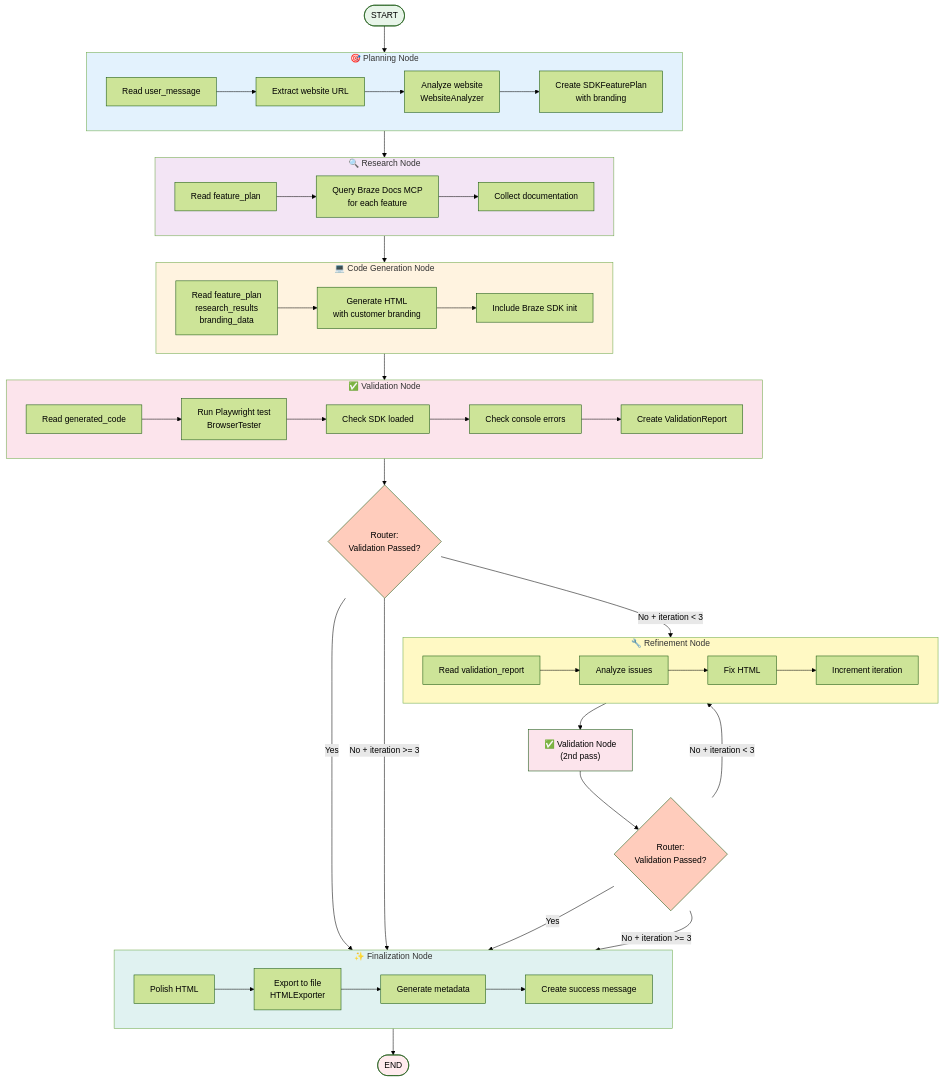
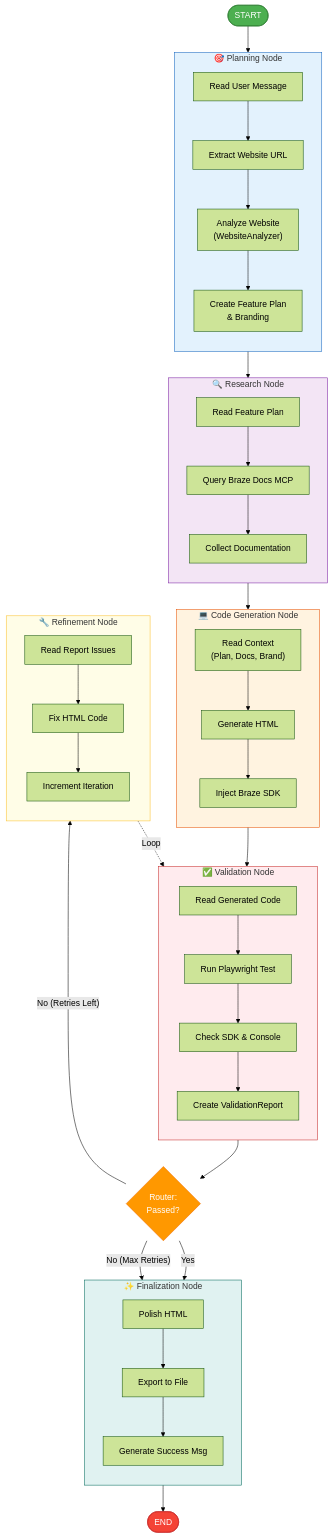
One commit to jacobjaffe972/braze-sdk-demo-builder changed the fourth of 6 diagrams in docs/WORKFLOW_DIAGRAMS.md. Above: the diagram before and after it, drawn with Mermaid (forest theme). The commit also changed other lines of this file, not shown here.

First line of the commit message:
fix: Add mermaid code fences to workflow diagrams for GitHub rendering

````diff
--- a/docs/WORKFLOW_DIAGRAMS.md
+++ b/docs/WORKFLOW_DIAGRAMS.md
@@ -344,83 +266,69 @@
 ```mermaid
 flowchart TD
-    Start([START]) --> Planning
+    Start([START]) --> P1
 
     subgraph Planning["🎯 Planning Node"]
-        P1[Read user_message]
-        P2[Extract website URL]
-        P3[Analyze website<br/>WebsiteAnalyzer]
-        P4[Create SDKFeaturePlan<br/>with branding]
-        P1 --> P2 --> P3 --> P4
+        direction TB
+        P1[Read User Message] --> P2[Extract Website URL]
+        P2 --> P3["Analyze Website<br/>(WebsiteAnalyzer)"]
+        P3 --> P4["Create Feature Plan<br/>& Branding"]
     end
 
-    Planning --> Research
+    P4 --> R1
 
     subgraph Research["🔍 Research Node"]
-        R1[Read feature_plan]
-        R2[Query Braze Docs MCP<br/>for each feature]
-        R3[Collect documentation]
-        R1 --> R2 --> R3
+        direction TB
+        R1[Read Feature Plan] --> R2[Query Braze Docs MCP]
+        R2 --> R3[Collect Documentation]
     end
 
-    Research --> CodeGen
+    R3 --> C1
 
     subgraph CodeGen["💻 Code Generation Node"]
-        C1[Read feature_plan<br/>research_results<br/>branding_data]
-        C2[Generate HTML<br/>with customer branding]
-        C3[Include Braze SDK init]
-        C1 --> C2 --> C3
+        direction TB
+        C1["Read Context<br/>(Plan, Docs, Brand)"] --> C2[Generate HTML]
+        C2 --> C3[Inject Braze SDK]
     end
 
-    CodeGen --> Validation1
+    C3 --> V1
 
-    subgraph Validation1["✅ Validation Node"]
-        V1[Read generated_code]
-        V2[Run Playwright test<br/>BrowserTester]
-        V3[Check SDK loaded]
-        V4[Check console errors]
-        V5[Create ValidationReport]
-        V1 --> V2 --> V3 --> V4 --> V5
+    subgraph Validation["✅ Validation Node"]
+        direction TB
+        V1[Read Generated Code] --> V2[Run Playwright Test]
+        V2 --> V3[Check SDK & Console]
+        V3 --> V4[Create ValidationReport]
     end
 
-    Validation1 --> Router1{Router:<br/>Validation Passed?}
+    V4 --> Router{Router:<br/>Passed?}
 
-    Router1 -->|Yes| Finalization
-    Router1 -->|No + iteration < 3| Refinement
-    Router1 -->|No + iteration >= 3| Finalization
+    Router -->|Yes| F1
+    Router -->|"No (Max Retries)"| F1
+    Router -->|"No (Retries Left)"| RF1
 
     subgraph Refinement["🔧 Refinement Node"]
-        RF1[Read validation_report]
-        RF2[Analyze issues]
-        RF3[Fix HTML]
-        RF4[Increment iteration]
-        RF1 --> RF2 --> RF3 --> RF4
+        direction TB
+        RF1[Read Report Issues] --> RF2[Fix HTML Code]
+        RF2 --> RF3[Increment Iteration]
     end
 
-    Refinement --> Validation2["✅ Validation Node<br/>(2nd pass)"]
-    Validation2 --> Router2{Router:<br/>Validation Passed?}
-    Router2 -->|Yes| Finalization
-    Router2 -->|No + iteration < 3| Refinement
-    Router2 -->|No + iteration >= 3| Finalization
+    RF3 -.->|Loop| V1
 
     subgraph Finalization["✨ Finalization Node"]
-        F1[Polish HTML]
-        F2[Export to file<br/>HTMLExporter]
-        F3[Generate metadata]
-        F4[Create success message]
-        F1 --> F2 --> F3 --> F4
+        direction TB
+        F1[Polish HTML] --> F2[Export to File]
+        F2 --> F3[Generate Success Msg]
     end
 
-    Finalization --> End([END])
+    F3 --> End([END])
 
-    style Start fill:#e8f5e9
-    style End fill:#ffebee
-    style Planning fill:#e3f2fd
-    style Research fill:#f3e5f5
-    style CodeGen fill:#fff3e0
-    style Validation1 fill:#fce4ec
-    style Validation2 fill:#fce4ec
-    style Refinement fill:#fff9c4
-    style Finalization fill:#e0f2f1
-    style Router1 fill:#ffccbc
-    style Router2 fill:#ffccbc
+    style Start fill:#4caf50,stroke:#2e7d32,color:white
+    style End fill:#f44336,stroke:#c62828,color:white
+    style Router fill:#ff9800,stroke:#ef6c00,color:white
+
+    style Planning fill:#e3f2fd,stroke:#1565c0
+    style Research fill:#f3e5f5,stroke:#7b1fa2
+    style CodeGen fill:#fff3e0,stroke:#e65100
+    style Validation fill:#ffebee,stroke:#c62828
+    style Refinement fill:#fffde7,stroke:#fbc02d
+    style Finalization fill:#e0f2f1,stroke:#00695c
 ```
````
